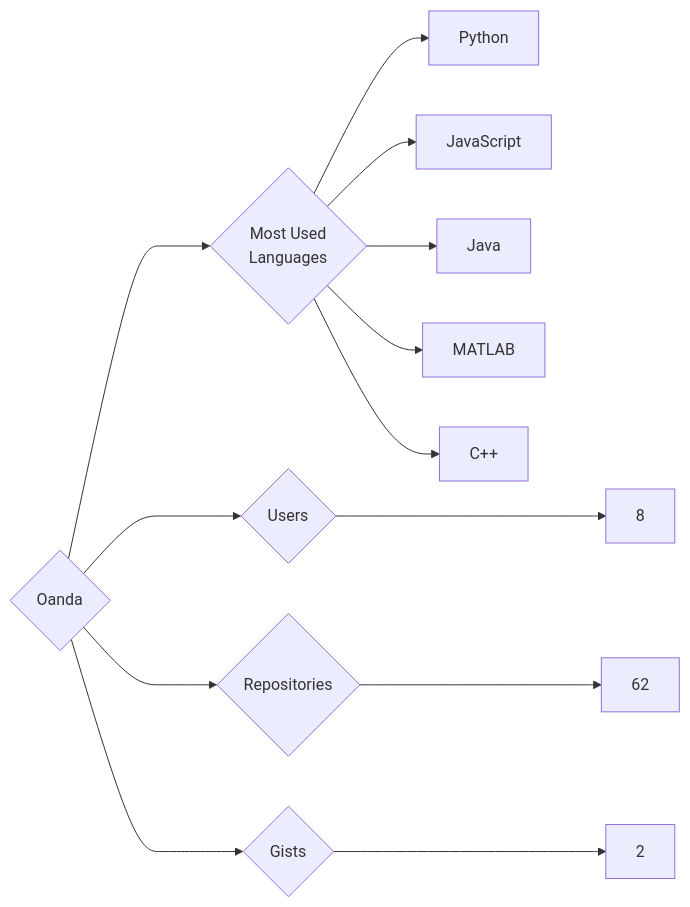
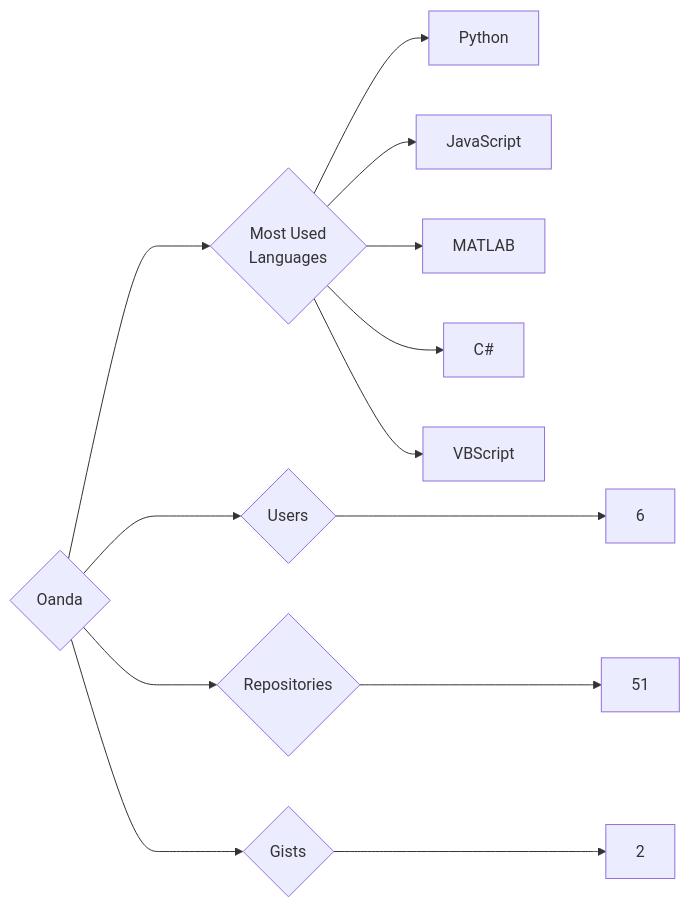
The diagram in targets/Oanda/README.md (trickest/insiders), drawn with Mermaid before and after one commit. The commit also changed 1508 other files, not shown here.

````diff
--- a/targets/Oanda/README.md
+++ b/targets/Oanda/README.md
@@ -3,13 +3,13 @@
 ```mermaid
 graph LR
 COMPANY_NAME{Oanda}
-COMPANY_NAME ---> U{Users} ---> UN[8]
-COMPANY_NAME ---> R{Repositories} ---> RN[62]
+COMPANY_NAME ---> U{Users} ---> UN[6]
+COMPANY_NAME ---> R{Repositories} ---> RN[51]
 COMPANY_NAME ---> G{Gists} ---> GN[2]
 COMPANY_NAME ---> ML{Most Used<br>Languages}
 ML --> Python[Python]
 ML --> JavaScript[JavaScript]
-ML --> Java[Java]
 ML --> MATLAB[MATLAB]
-ML --> C++[C++]
+ML --> C#[C#]
+ML --> VBScript[VBScript]
 ```
````
